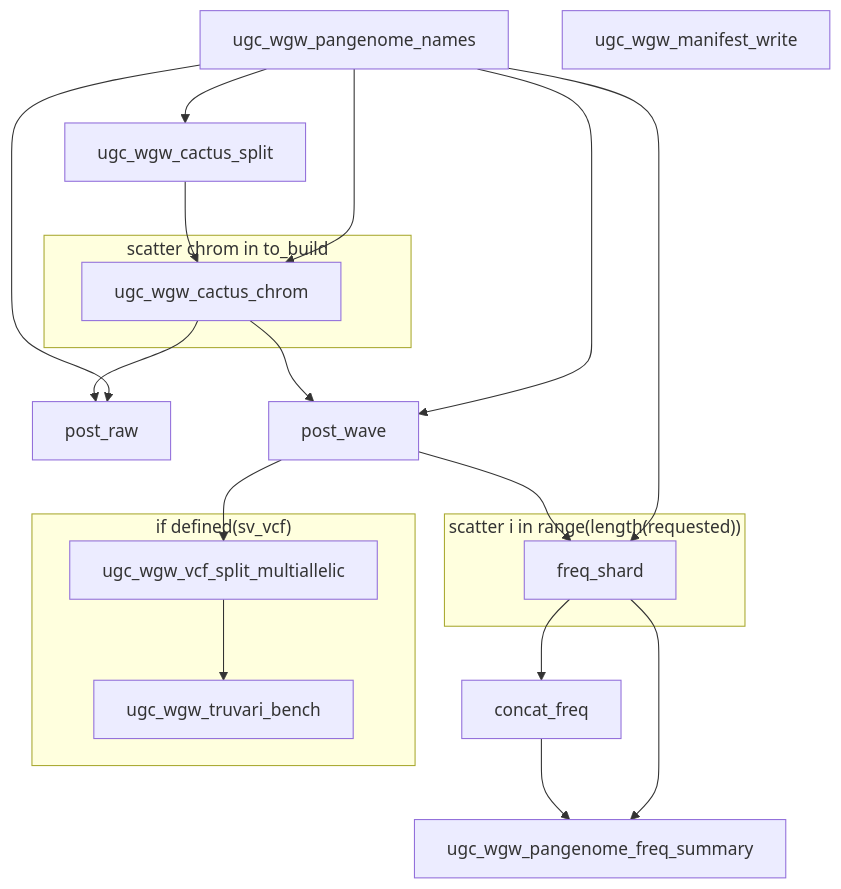
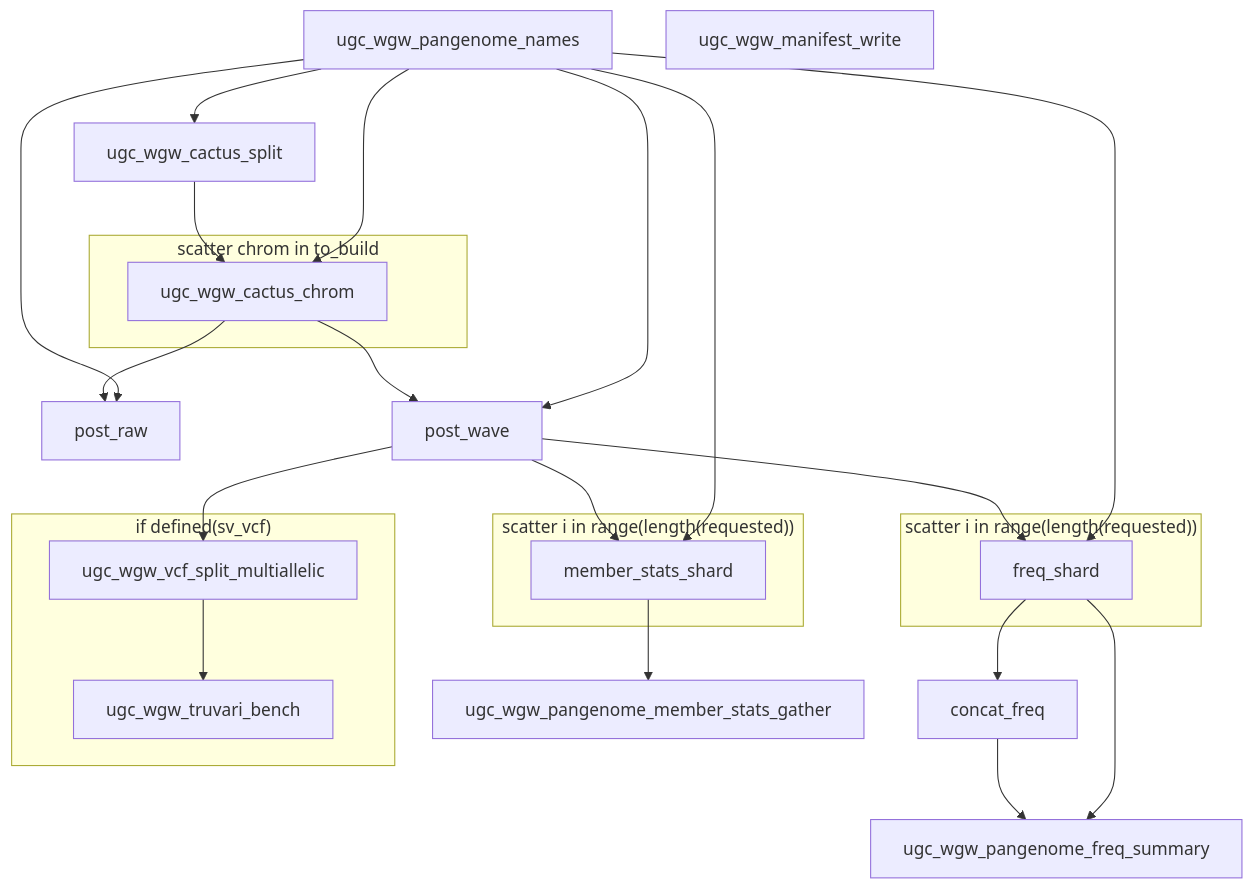
One commit to UppsalaGenomeCenter/ugc-wgw changed the ninth of 9 diagrams in docs/guide/workflow-graphs.md. Above: the diagram before and after it, drawn with Mermaid. The commit also changed other lines of this file and 44 other files, not shown here.

First line of the commit message:
ugc-wgw 0.12.0

````diff
--- a/docs/guide/workflow-graphs.md
+++ b/docs/guide/workflow-graphs.md
@@ -546,34 +552,41 @@
 ```mermaid
 flowchart TD
   n1["ugc_wgw_pangenome_names"]
   n2["ugc_wgw_cactus_split"]
   subgraph s1["scatter chrom in to_build"]
     n3["ugc_wgw_cactus_chrom"]
   end
   n4["post_raw"]
   n5["post_wave"]
   subgraph s2["scatter i in range(length(requested))"]
     n6["freq_shard"]
   end
-  n7["concat_freq"]
-  n8["ugc_wgw_pangenome_freq_summary"]
-  subgraph s3["if defined(sv_vcf)"]
-    n9["ugc_wgw_vcf_split_multiallelic"]
-    n10["ugc_wgw_truvari_bench"]
+  subgraph s3["scatter i in range(length(requested))"]
+    n7["member_stats_shard"]
   end
-  n11["ugc_wgw_manifest_write"]
+  n8["ugc_wgw_pangenome_member_stats_gather"]
+  n9["concat_freq"]
+  n10["ugc_wgw_pangenome_freq_summary"]
+  subgraph s4["if defined(sv_vcf)"]
+    n11["ugc_wgw_vcf_split_multiallelic"]
+    n12["ugc_wgw_truvari_bench"]
+  end
+  n13["ugc_wgw_manifest_write"]
   n1 --> n2
   n1 --> n3
   n1 --> n4
   n1 --> n5
   n1 --> n6
+  n1 --> n7
   n2 --> n3
   n3 --> n4
   n3 --> n5
   n5 --> n6
-  n5 --> n9
-  n6 --> n7
-  n6 --> n8
+  n5 --> n7
+  n5 --> n11
+  n6 --> n9
+  n6 --> n10
   n7 --> n8
   n9 --> n10
+  n11 --> n12
 ```
````
